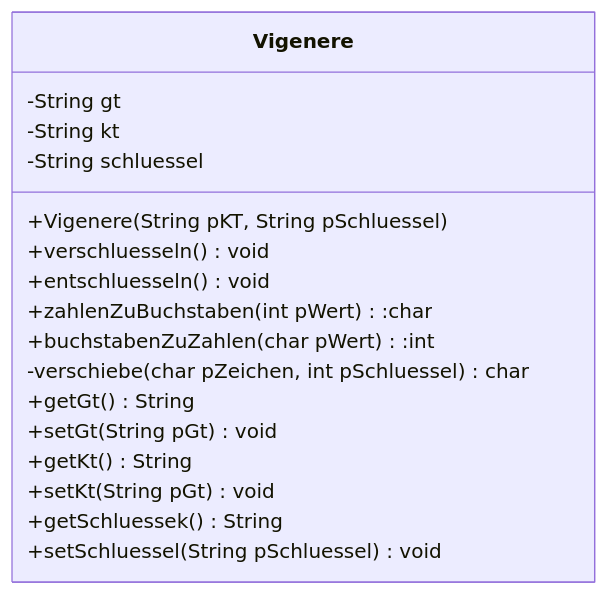
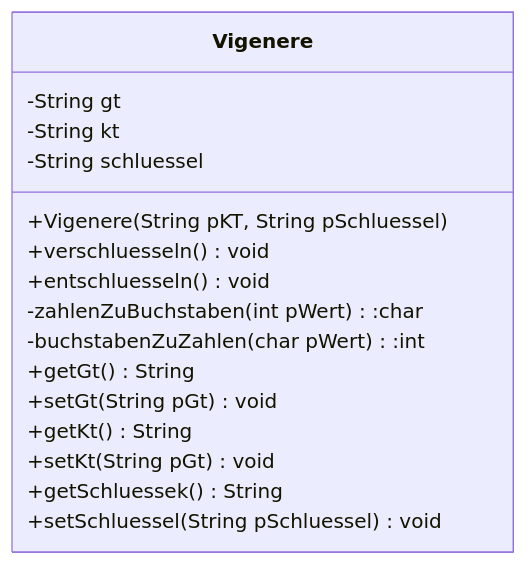
The diagram in book/kryptologie/Vigenere_Modellierung.md (rueckertgym/begleitmaterial), drawn with Mermaid before and after one commit. The commit also changed other lines of this file and 1 other file, not shown here.

````diff
--- a/book/kryptologie/Vigenere_Modellierung.md
+++ b/book/kryptologie/Vigenere_Modellierung.md
@@ -11,20 +11,19 @@
 ```mermaid
 classDiagram
       class Vigenere{
           -String gt
           -String kt
           -String schluessel
           +Vigenere(String pKT, String pSchluessel)
           +verschluesseln() void
           +entschluesseln() void
-          +zahlenZuBuchstaben(int pWert):char
-          +buchstabenZuZahlen(char pWert):int
-          -verschiebe(char pZeichen, int pSchluessel) char
+          -zahlenZuBuchstaben(int pWert):char
+          -buchstabenZuZahlen(char pWert):int
           +getGt() String
           +setGt(String pGt) void
           +getKt() String
           +setKt(String pGt) void         
           +getSchluessek() String
           +setSchluessel(String pSchluessel) void
         }
  ```
````
